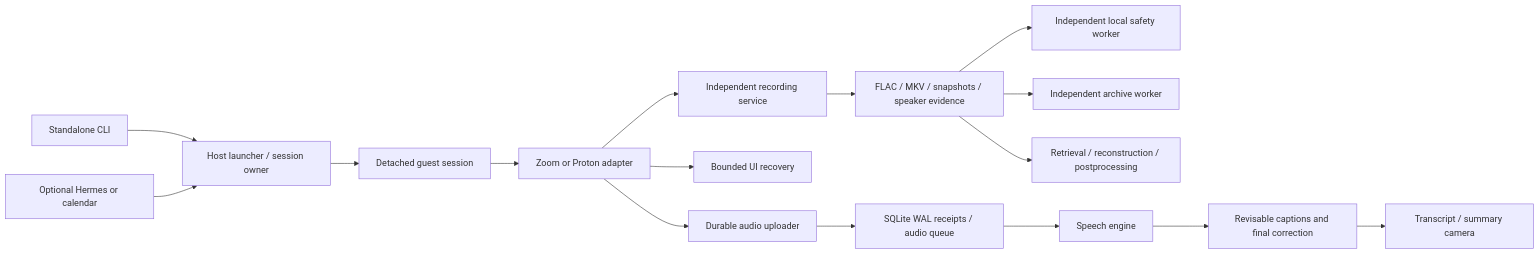
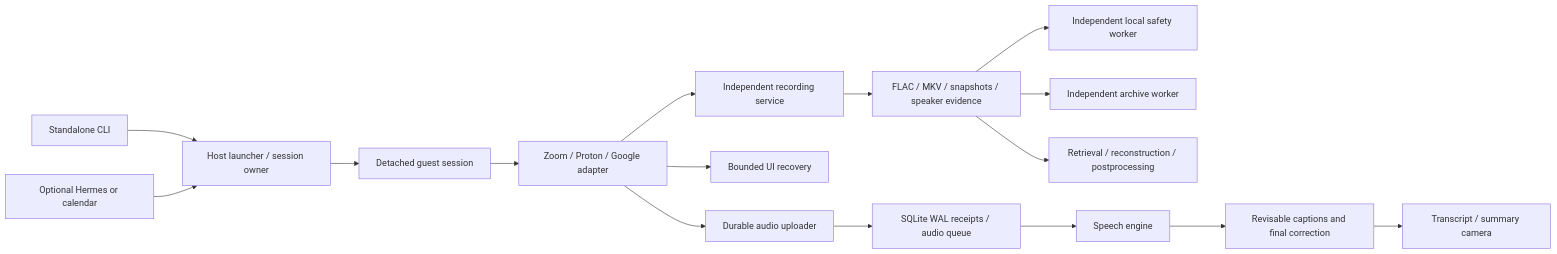
The diagram in docs/architecture.md (arselzer/live-transcription-bot), drawn with Mermaid before and after one commit. The commit also changed other lines of this file and 147 other files, not shown here.

````diff
--- a/docs/architecture.md
+++ b/docs/architecture.md
@@ -6,18 +6,18 @@
 ```mermaid
 flowchart LR
   CLI[Standalone CLI] --> Launcher[Host launcher / session owner]
   Hermes[Optional Hermes or calendar] --> Launcher
   Launcher --> Session[Detached guest session]
-  Session --> Browser[Zoom or Proton adapter]
+  Session --> Browser[Zoom / Proton / Google adapter]
   Browser --> Guard[Independent recording service]
   Browser --> UI[Bounded UI recovery]
   Guard --> Raw[FLAC / MKV / snapshots / speaker evidence]
   Raw --> Local[Independent local safety worker]
   Raw --> NAS[Independent archive worker]
   Browser --> Upload[Durable audio uploader]
   Upload --> Journal[SQLite WAL receipts / audio queue]
   Journal --> ASR[Speech engine]
   ASR --> Captions[Revisable captions and final correction]
   Captions --> Video[Transcript / summary camera]
   Raw --> Recovery[Retrieval / reconstruction / postprocessing]
 ```
````
